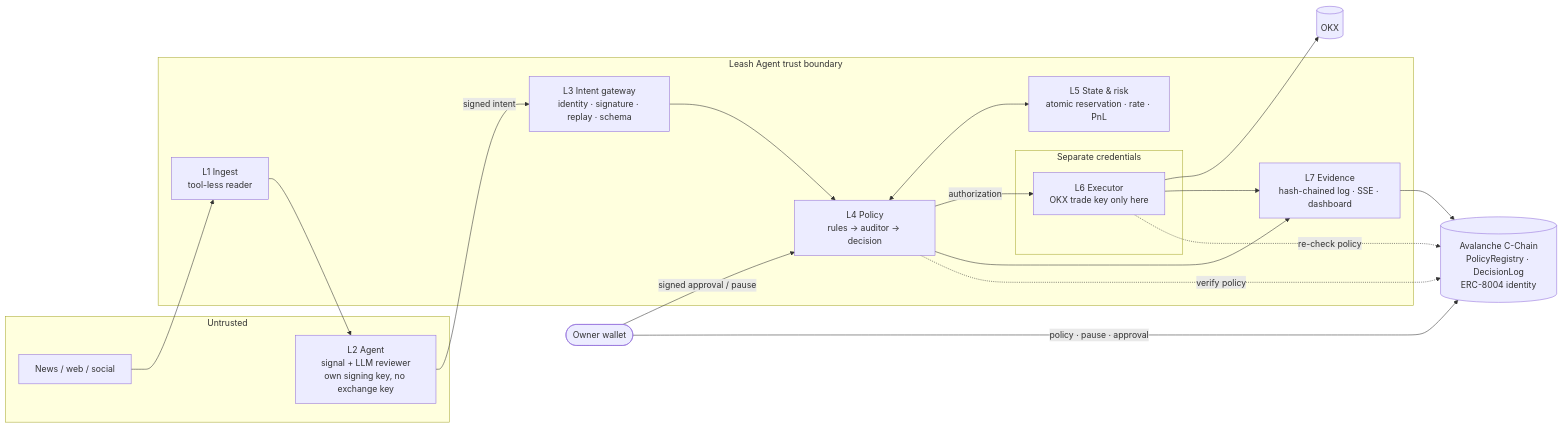
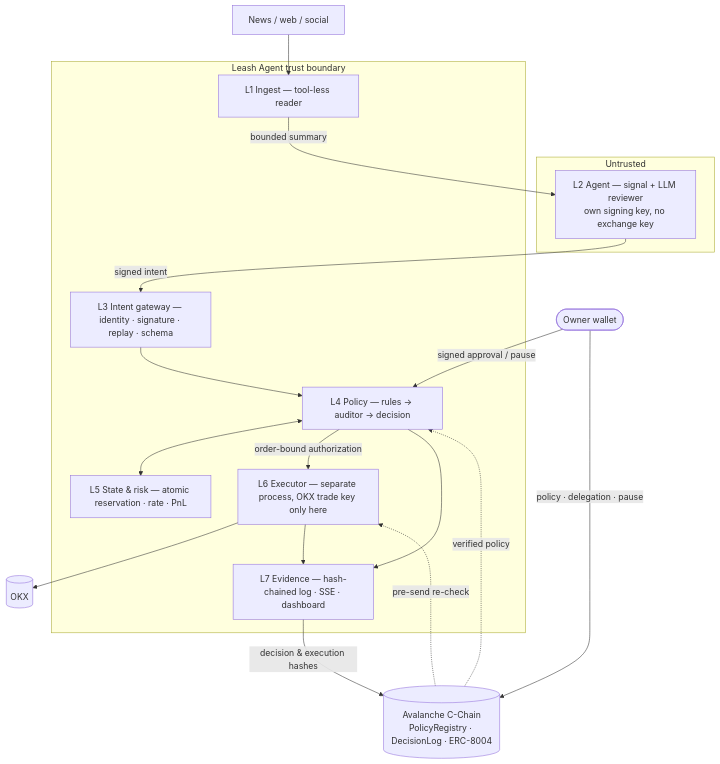
Before and after one commit to ulukansarikaya/leashagent: the second of 2 diagrams in README.md, drawn with Mermaid.

Commit message:
README: vertical architecture diagram for readability

````diff
--- a/README.md
+++ b/README.md
@@ -75,29 +75,33 @@
 ```mermaid
-flowchart LR
-    subgraph U[Untrusted]
-        SRC[News / web / social]
-        AG["L2 Agent<br/>signal + LLM reviewer<br/>own signing key, no exchange key"]
-    end
-    subgraph LA[Leash Agent trust boundary]
-        L1["L1 Ingest<br/>tool-less reader"]
-        L3["L3 Intent gateway<br/>identity · signature · replay · schema"]
-        L4["L4 Policy<br/>rules → auditor → decision"]
-        L5["L5 State & risk<br/>atomic reservation · rate · PnL"]
-        L7["L7 Evidence<br/>hash-chained log · SSE · dashboard"]
-        subgraph ISO[Separate credentials]
-            L6["L6 Executor<br/>OKX trade key only here"]
-        end
-    end
-    CH[("Avalanche C-Chain<br/>PolicyRegistry · DecisionLog<br/>ERC-8004 identity")]
-    OKX[(OKX)]
+flowchart TB
+    SRC[News / web / social] --> L1
     OWN([Owner wallet])
 
-    SRC --> L1 --> AG
-    AG -- signed intent --> L3 --> L4 <--> L5
-    L4 -- authorization --> L6 --> OKX
-    L4 & L6 --> L7 --> CH
-    OWN -- policy · pause · approval --> CH
+    subgraph U[Untrusted]
+        AG["L2 Agent — signal + LLM reviewer<br/>own signing key, no exchange key"]
+    end
+
+    subgraph LA[Leash Agent trust boundary]
+        L1["L1 Ingest — tool-less reader"]
+        L3["L3 Intent gateway — identity · signature · replay · schema"]
+        L4["L4 Policy — rules → auditor → decision"]
+        L5["L5 State & risk — atomic reservation · rate · PnL"]
+        L6["L6 Executor — separate process, OKX trade key only here"]
+        L7["L7 Evidence — hash-chained log · SSE · dashboard"]
+    end
+
+    CH[("Avalanche C-Chain<br/>PolicyRegistry · DecisionLog · ERC-8004")]
+    OKX[(OKX)]
+
+    L1 -- bounded summary --> AG
+    AG -- signed intent --> L3 --> L4
+    L4 <--> L5
+    L4 -- order-bound authorization --> L6 --> OKX
+    L4 --> L7
+    L6 --> L7
+    L7 -- decision & execution hashes --> CH
+    OWN -- policy · delegation · pause --> CH
     OWN -- signed approval / pause --> L4
-    L4 -. verify policy .-> CH
-    L6 -. re-check policy .-> CH
+    CH -. verified policy .-> L4
+    CH -. pre-send re-check .-> L6
 ```
````
